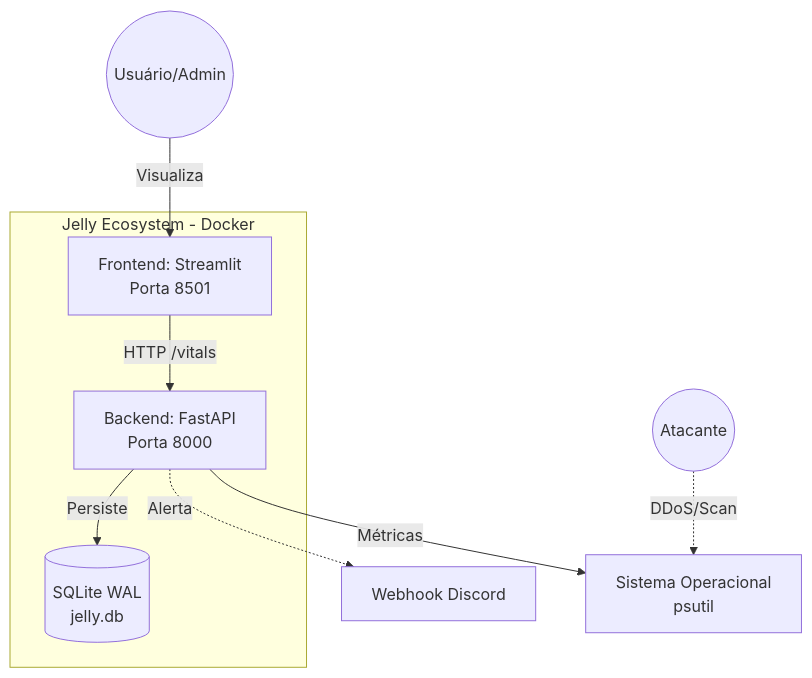
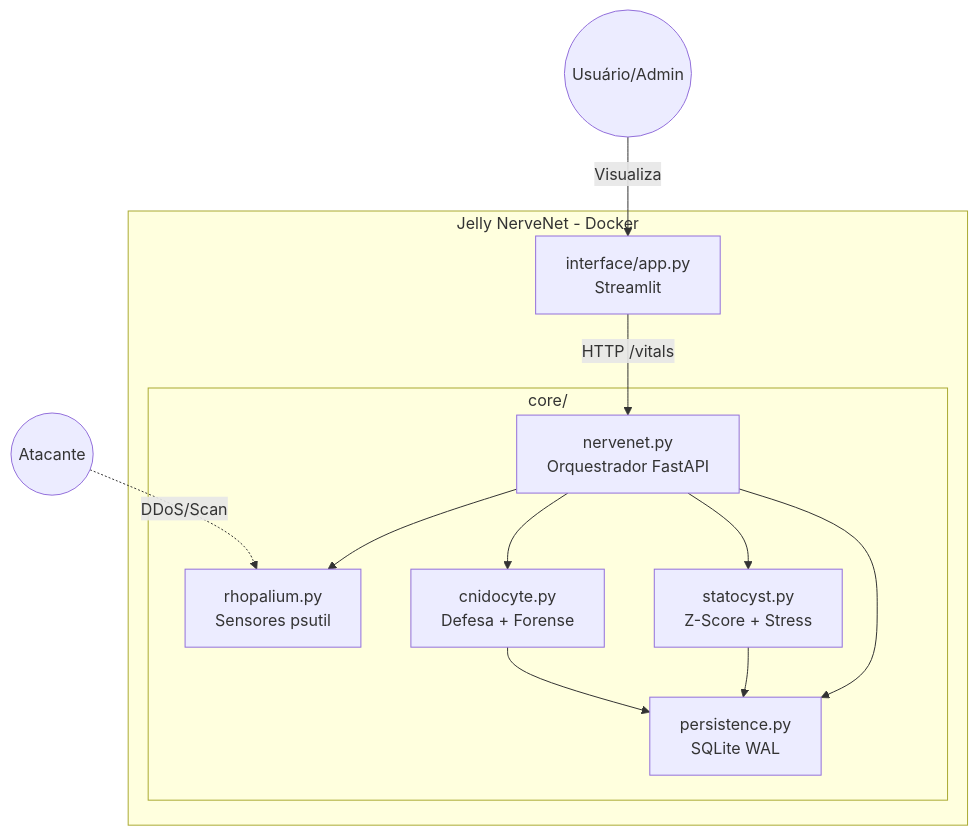
The first of 4 diagrams in ARCHITECTURE.md (codeZ-coder/JellyV6), drawn with Mermaid before and after one commit. The commit also changed other lines of this file and 13 other files, not shown here.

````diff
--- a/ARCHITECTURE.md
+++ b/ARCHITECTURE.md
@@ -11,21 +11,26 @@
 ```mermaid
 graph TD
     User((Usuário/Admin))
     Hacker((Atacante))
 
-    subgraph "Jelly Ecosystem - Docker"
-        UI[Frontend: Streamlit<br/>Porta 8501]
-        API[Backend: FastAPI<br/>Porta 8000]
-        DB[(SQLite WAL<br/>jelly.db)]
+    subgraph "Jelly NerveNet - Docker"
+        subgraph "core/"
+            NN[nervenet.py<br/>Orquestrador FastAPI]
+            RH[rhopalium.py<br/>Sensores psutil]
+            ST[statocyst.py<br/>Z-Score + Stress]
+            CN[cnidocyte.py<br/>Defesa + Forense]
+            PR[persistence.py<br/>SQLite WAL]
+        end
+        UI[interface/app.py<br/>Streamlit]
     end
 
-    Discord[Webhook Discord]
-    OS[Sistema Operacional<br/>psutil]
-
     User -->|Visualiza| UI
-    Hacker -.->|DDoS/Scan| OS
-    UI -->|HTTP /vitals| API
-    API -->|Métricas| OS
-    API -->|Persiste| DB
-    API -.->|Alerta| Discord
+    Hacker -.->|DDoS/Scan| RH
+    UI -->|HTTP /vitals| NN
+    NN --> RH
+    NN --> ST
+    NN --> CN
+    CN --> PR
+    ST --> PR
+    NN --> PR
 ```
````
